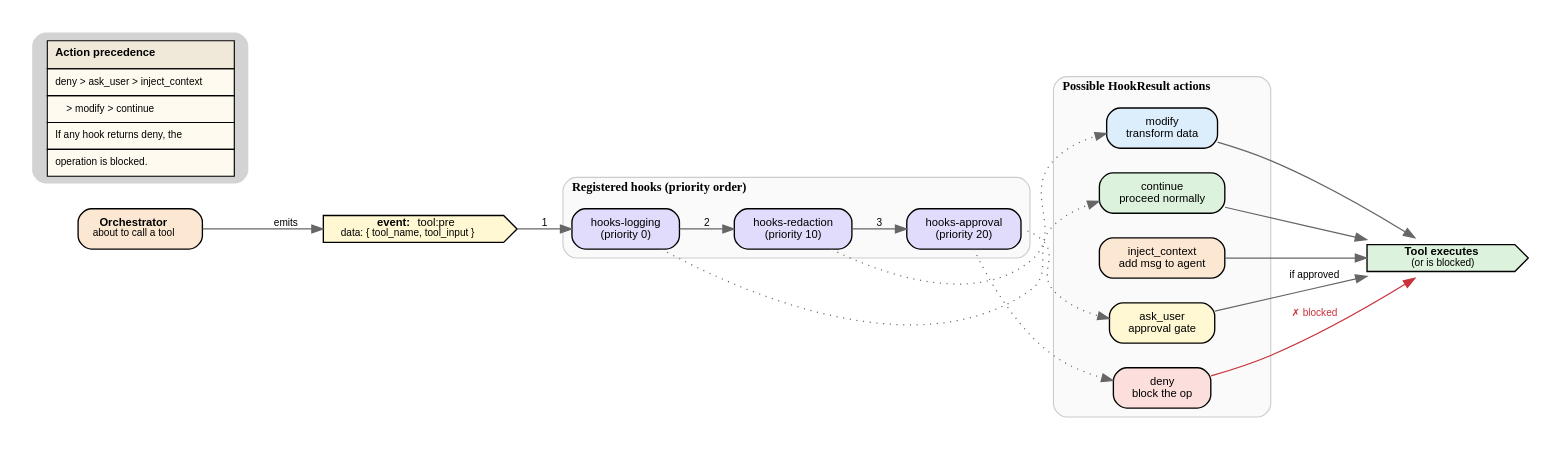
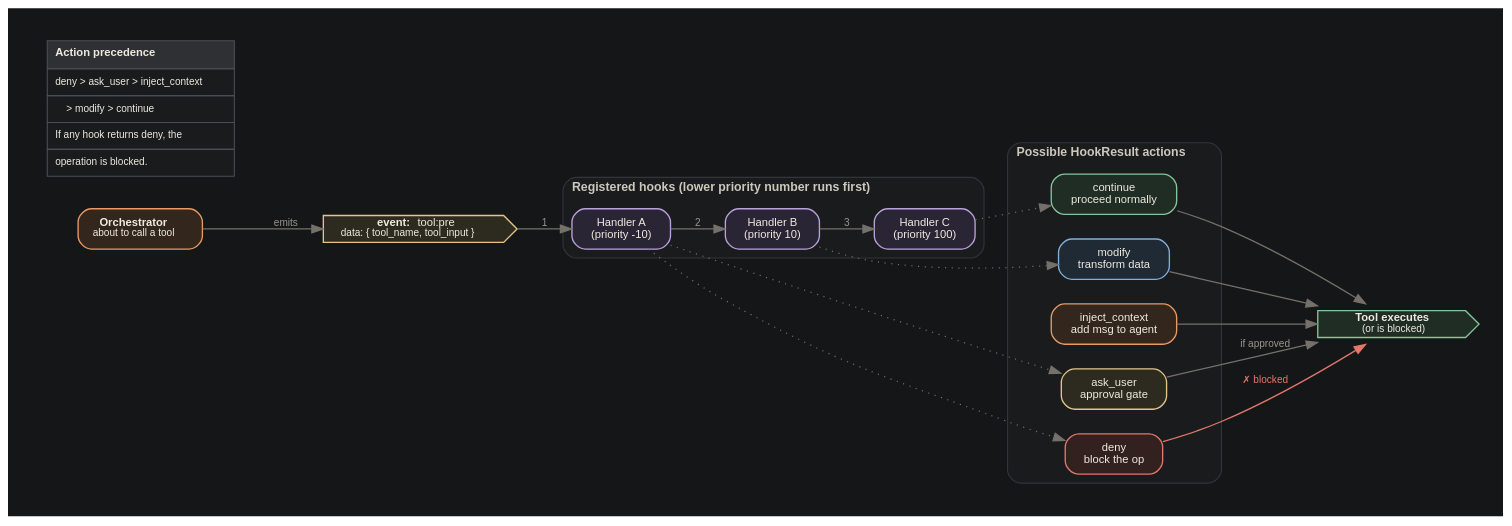
The diagram in assets/diagrams/hook-event-flow.dot (michaeljabbour/amplifier-dx), drawn with Graphviz before and after one commit. The commit also changed 24 other files, not shown here.

Commit message:
feat(diagrams): restyle diagrams to the site palette and rebuild the external-app diagram

```diff
--- a/assets/diagrams/hook-event-flow.dot
+++ b/assets/diagrams/hook-event-flow.dot
@@ -1,111 +1,118 @@
 /*
  * Amplifier Hook Event Flow
  *
  * Source: github.com/microsoft/amplifier-core/docs/HOOKS_API.md
  *
  * Shows how a single event fans out to multiple hook handlers, and the
  * action precedence that determines what happens to the operation.
  */
 digraph HookFlow {
     rankdir=LR;
-    bgcolor="white";
+    bgcolor="#151618";
+    fontname="Helvetica";
+    fontcolor="#cdc8bc";
     pad=0.3;
     nodesep=0.3;
     ranksep=0.5;
 
     node [
         shape=box,
+        fontcolor="#efeadf",
+        color="#4a4d51",
+        fillcolor="#232527",
         style="filled,rounded",
         fontname="Helvetica",
         fontsize=10,
         margin="0.18,0.1",
         penwidth=1.2
     ];
 
     edge [
         fontname="Helvetica",
+        fontcolor="#9b968b",
         fontsize=9,
-        color="#666666",
+        color="#75716a",
         penwidth=1.1
     ];
 
     // === EMITTER ===
     emitter [
         label=<<B>Orchestrator</B><BR/><FONT POINT-SIZE="9">about to call a tool</FONT>>,
-        fillcolor="#fce8d2"
+        fillcolor="#33271d", color="#ea9a62"
     ];
 
     event [
         label=<<B>event:</B> tool:pre<BR/><FONT POINT-SIZE="9">data: { tool_name, tool_input }</FONT>>,
-        fillcolor="#fff8d2",
+        fillcolor="#2d2a1f", color="#e3c58c",
         shape=cds,
         width=2.4
     ];
 
     // === HOOKS (run in priority order) ===
     subgraph cluster_hooks {
-        label=<<B>Registered hooks (priority order)</B>>;
+        label=<<B>Registered hooks (lower priority number runs first)</B>>;
         labeljust=l;
         fontsize=11;
-        color="#cccccc";
+        color="#323437";
         style="rounded,filled";
-        fillcolor="#fafafa";
+        fillcolor="#1a1b1d";
 
-        h_log    [label="hooks-logging\n(priority 0)", fillcolor="#e2dcfc"];
-        h_redact [label="hooks-redaction\n(priority 10)", fillcolor="#e2dcfc"];
-        h_approval [label="hooks-approval\n(priority 20)", fillcolor="#e2dcfc"];
+        h_log    [label="Handler C\n(priority 100)", fillcolor="#2a2535", color="#b9a2dc"];
+        h_redact [label="Handler B\n(priority 10)", fillcolor="#2a2535", color="#b9a2dc"];
+        h_approval [label="Handler A\n(priority -10)", fillcolor="#2a2535", color="#b9a2dc"];
     }
 
     // === HOOK ACTIONS ===
     subgraph cluster_actions {
         label=<<B>Possible HookResult actions</B>>;
         labeljust=l;
         fontsize=11;
-        color="#cccccc";
+        color="#323437";
         style="rounded,filled";
-        fillcolor="#fafafa";
+        fillcolor="#1a1b1d";
 
-        a_continue [label="continue\nproceed normally", fillcolor="#dcf2dc"];
-        a_modify   [label="modify\ntransform data", fillcolor="#dceefc"];
-        a_inject   [label="inject_context\nadd msg to agent", fillcolor="#fce8d2"];
-        a_ask      [label="ask_user\napproval gate", fillcolor="#fff8d2"];
-        a_deny     [label="deny\nblock the op", fillcolor="#fcdedc"];
+        a_continue [label="continue\nproceed normally", fillcolor="#1f2d25", color="#86c49a"];
+        a_modify   [label="modify\ntransform data", fillcolor="#1f2a35", color="#7fb0dd"];
+        a_inject   [label="inject_context\nadd msg to agent", fillcolor="#33271d", color="#ea9a62"];
+        a_ask      [label="ask_user\napproval gate", fillcolor="#2d2a1f", color="#e3c58c"];
+        a_deny     [label="deny\nblock the op", fillcolor="#33211f", color="#e2776b"];
     }
 
     // === RESULT NODE ===
     result [
         label=<<B>Tool executes</B><BR/><FONT POINT-SIZE="9">(or is blocked)</FONT>>,
-        fillcolor="#dcf2dc",
+        fillcolor="#1f2d25", color="#86c49a",
         shape=cds,
         width=2.0
     ];
 
     // === EDGES ===
     emitter -> event [label=" emits "];
-    event -> h_log    [label=" 1 "];
-    h_log -> h_redact [label=" 2 "];
-    h_redact -> h_approval [label=" 3 "];
+    event -> h_approval [label=" 1 "];
+    h_approval -> h_redact [label=" 2 "];
+    h_redact -> h_log [label=" 3 "];
 
-    h_log -> a_continue [style=dotted];
-    h_redact -> a_modify [style=dotted];
     h_approval -> a_ask [style=dotted];
     h_approval -> a_deny [style=dotted];
+    h_redact -> a_modify [style=dotted];
+    h_log -> a_continue [style=dotted];
 
     a_continue -> result;
     a_modify -> result;
     a_inject -> result;
     a_ask -> result [label=" if approved "];
-    a_deny -> result [label=" ✗ blocked ", color="#c8323a", fontcolor="#c8323a"];
+    a_deny -> result [label=" ✗ blocked ", color="#e2776b", fontcolor="#e2776b"];
 
     // === PRECEDENCE NOTE ===
     precedence [
         shape=plaintext,
-        label=<<TABLE BORDER="0" CELLBORDER="1" CELLSPACING="0" CELLPADDING="6" BGCOLOR="#fffaf0">
-            <TR><TD BGCOLOR="#f0e8d8" ALIGN="LEFT"><B>Action precedence</B></TD></TR>
+        style="",
+        label=<<TABLE BORDER="0" CELLBORDER="1" CELLSPACING="0" CELLPADDING="6" BGCOLOR="#1a1b1d" COLOR="#4a4d51">
+            <TR><TD BGCOLOR="#2e3033" ALIGN="LEFT"><B>Action precedence</B></TD></TR>
             <TR><TD ALIGN="LEFT"><FONT POINT-SIZE="9">deny &gt; ask_user &gt; inject_context</FONT></TD></TR>
             <TR><TD ALIGN="LEFT"><FONT POINT-SIZE="9">&nbsp;&nbsp;&nbsp;&nbsp;&gt; modify &gt; continue</FONT></TD></TR>
             <TR><TD ALIGN="LEFT"><FONT POINT-SIZE="9">If any hook returns deny, the</FONT></TD></TR>
             <TR><TD ALIGN="LEFT"><FONT POINT-SIZE="9">operation is blocked.</FONT></TD></TR>
         </TABLE>>
     ];
 }
```
